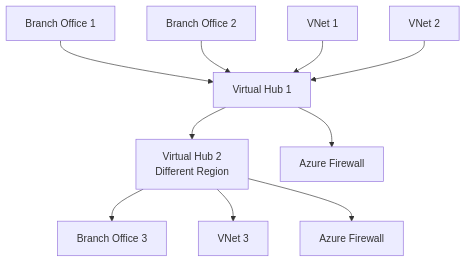
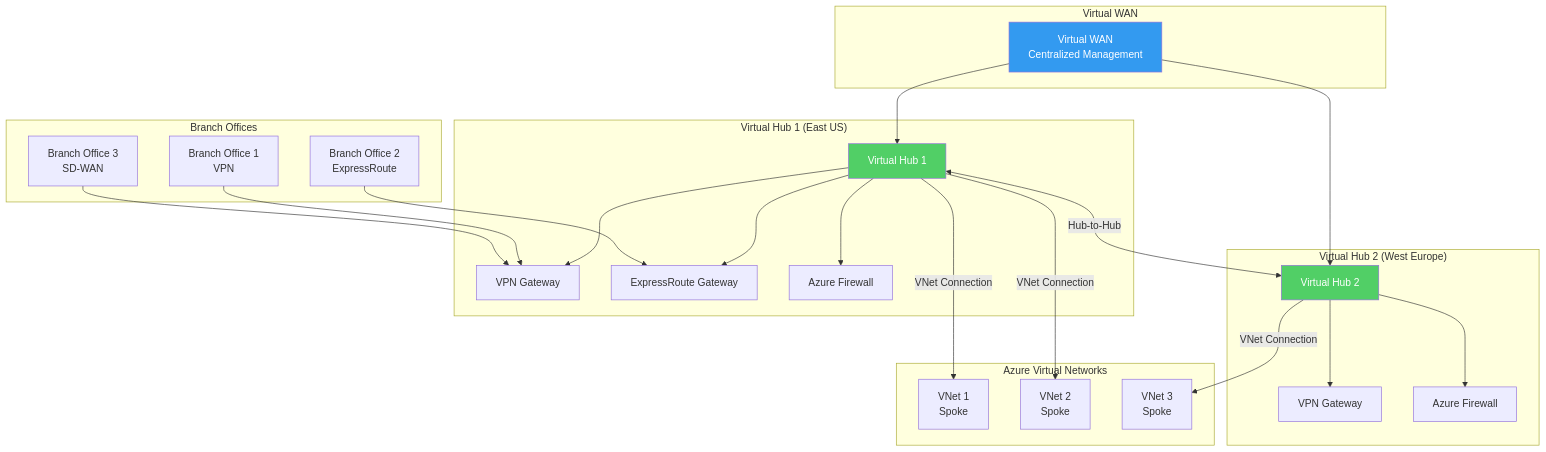
Diagram 20 of 31 in code/terraform/azure-networking-tutorial/docs/AZURE_NETWORKING_COMPLETE_GUIDE.md (smyha/TerraformTutorial), drawn with Mermaid before and after one commit. The commit also changed other lines of this file and 34 other files, not shown here.

````diff
--- a/code/terraform/azure-networking-tutorial/docs/AZURE_NETWORKING_COMPLETE_GUIDE.md
+++ b/code/terraform/azure-networking-tutorial/docs/AZURE_NETWORKING_COMPLETE_GUIDE.md
@@ -1046,14 +1173,53 @@
 ```mermaid
 graph TB
-    Branch1[Branch Office 1] --> Hub1[Virtual Hub 1]
-    Branch2[Branch Office 2] --> Hub1
-    VNet1[VNet 1] --> Hub1
-    VNet2[VNet 2] --> Hub1
+    subgraph "Branch Offices"
+        Branch1[Branch Office 1<br/>VPN]
+        Branch2[Branch Office 2<br/>ExpressRoute]
+        Branch3[Branch Office 3<br/>SD-WAN]
+    end
     
-    Hub1 --> Hub2[Virtual Hub 2<br/>Different Region]
-    Hub2 --> Branch3[Branch Office 3]
-    Hub2 --> VNet3[VNet 3]
+    subgraph "Virtual WAN"
+        VWAN[Virtual WAN<br/>Centralized Management]
+    end
     
-    Hub1 --> Firewall3[Azure Firewall]
-    Hub2 --> Firewall4[Azure Firewall]
+    subgraph "Virtual Hub 1 (East US)"
+        Hub1[Virtual Hub 1]
+        VPNGW1[VPN Gateway]
+        ERGW1[ExpressRoute Gateway]
+        Firewall1[Azure Firewall]
+        Hub1 --> VPNGW1
+        Hub1 --> ERGW1
+        Hub1 --> Firewall1
+    end
+    
+    subgraph "Virtual Hub 2 (West Europe)"
+        Hub2[Virtual Hub 2]
+        VPNGW2[VPN Gateway]
+        Firewall2[Azure Firewall]
+        Hub2 --> VPNGW2
+        Hub2 --> Firewall2
+    end
+    
+    subgraph "Azure Virtual Networks"
+        VNet1[VNet 1<br/>Spoke]
+        VNet2[VNet 2<br/>Spoke]
+        VNet3[VNet 3<br/>Spoke]
+    end
+    
+    VWAN --> Hub1
+    VWAN --> Hub2
+    
+    Branch1 --> VPNGW1
+    Branch2 --> ERGW1
+    Branch3 --> VPNGW1
+    
+    Hub1 -->|VNet Connection| VNet1
+    Hub1 -->|VNet Connection| VNet2
+    Hub2 -->|VNet Connection| VNet3
+    
+    Hub1 <-->|Hub-to-Hub| Hub2
+    
+    style VWAN fill:#339af0,color:#fff
+    style Hub1 fill:#51cf66,color:#fff
+    style Hub2 fill:#51cf66,color:#fff
 ```
````
